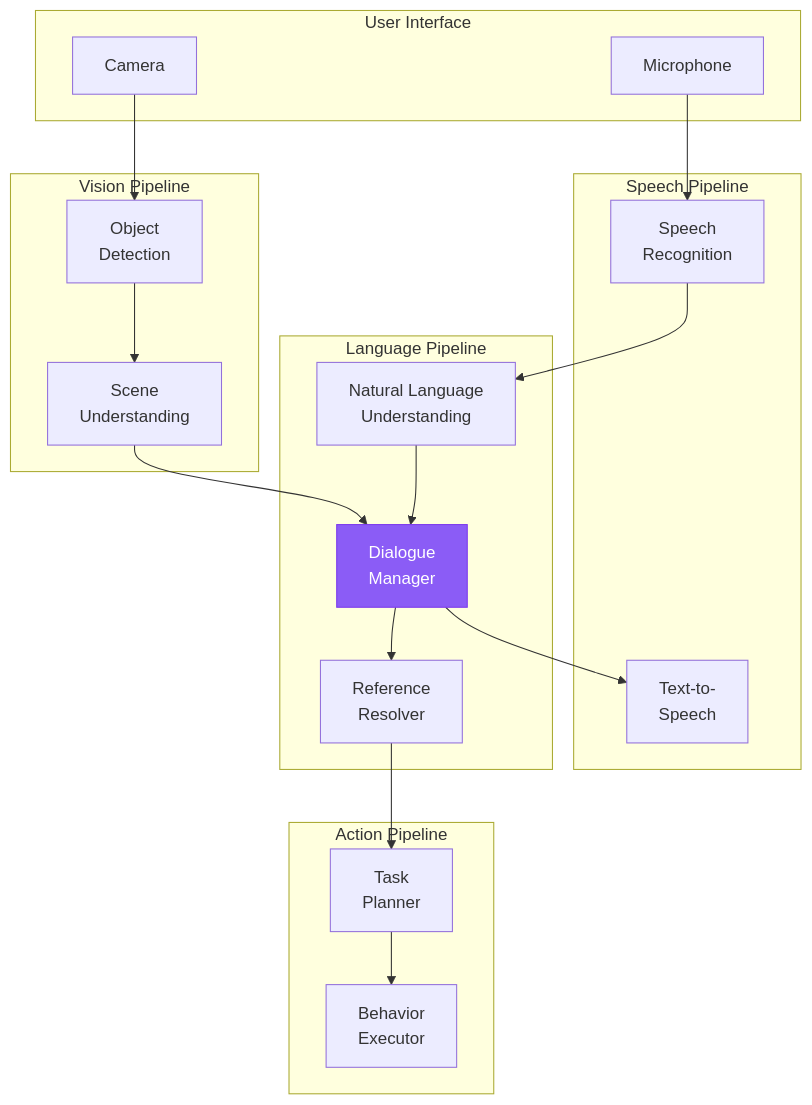
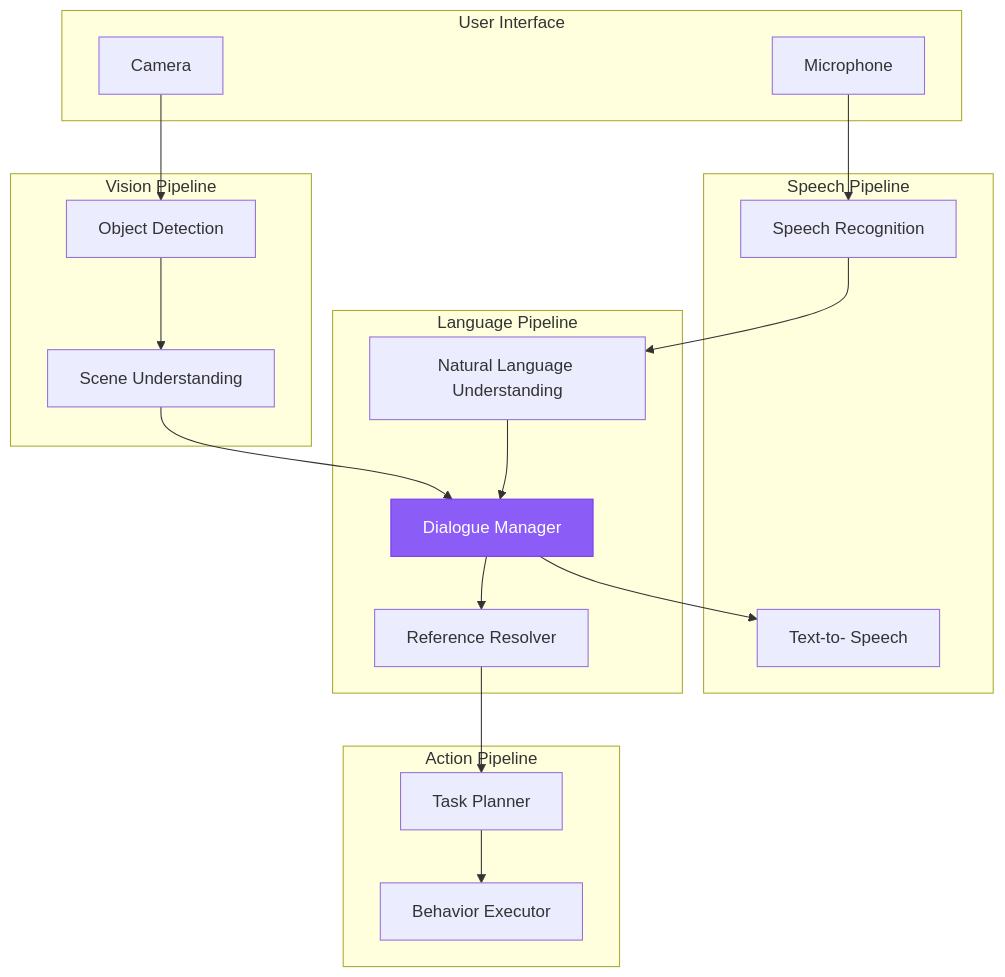
One commit to shakir-hussain1/physical-AI-and-humanoid-robotics-textbook-by-shakir-hussain changed the fifth of 5 diagrams in docs/modules/module-4-vla/chapter-16-conversation.md. Above: the diagram before and after it, drawn with Mermaid. The commit also changed other lines of this file and 17 other files, not shown here.

Commit message:
fix: Remove br tags from Mermaid diagrams causing parse errors

````diff
--- a/docs/modules/module-4-vla/chapter-16-conversation.md
+++ b/docs/modules/module-4-vla/chapter-16-conversation.md
@@ -1078,41 +1078,41 @@
 ```mermaid
 flowchart TD
     subgraph Input["User Interface"]
         MIC[Microphone]
         CAM[Camera]
     end
 
     subgraph Speech["Speech Pipeline"]
-        ASR[Speech<br/>Recognition]
-        TTS[Text-to-<br/>Speech]
+        ASR[Speech Recognition]
+        TTS[Text-to- Speech]
     end
 
     subgraph Language["Language Pipeline"]
-        NLU[Natural Language<br/>Understanding]
-        DM[Dialogue<br/>Manager]
-        REF[Reference<br/>Resolver]
+        NLU[Natural Language Understanding]
+        DM[Dialogue Manager]
+        REF[Reference Resolver]
     end
 
     subgraph Vision["Vision Pipeline"]
-        PERCEPT[Object<br/>Detection]
-        SCENE[Scene<br/>Understanding]
+        PERCEPT[Object Detection]
+        SCENE[Scene Understanding]
     end
 
     subgraph Action["Action Pipeline"]
-        PLAN[Task<br/>Planner]
-        EXEC[Behavior<br/>Executor]
+        PLAN[Task Planner]
+        EXEC[Behavior Executor]
     end
 
     MIC --> ASR
     ASR --> NLU
     CAM --> PERCEPT
     PERCEPT --> SCENE
     NLU --> DM
     SCENE --> DM
     DM --> REF
     REF --> PLAN
     PLAN --> EXEC
     DM --> TTS
 
     style DM fill:#8b5cf6,stroke:#7c3aed,color:#fff
 ```
````
